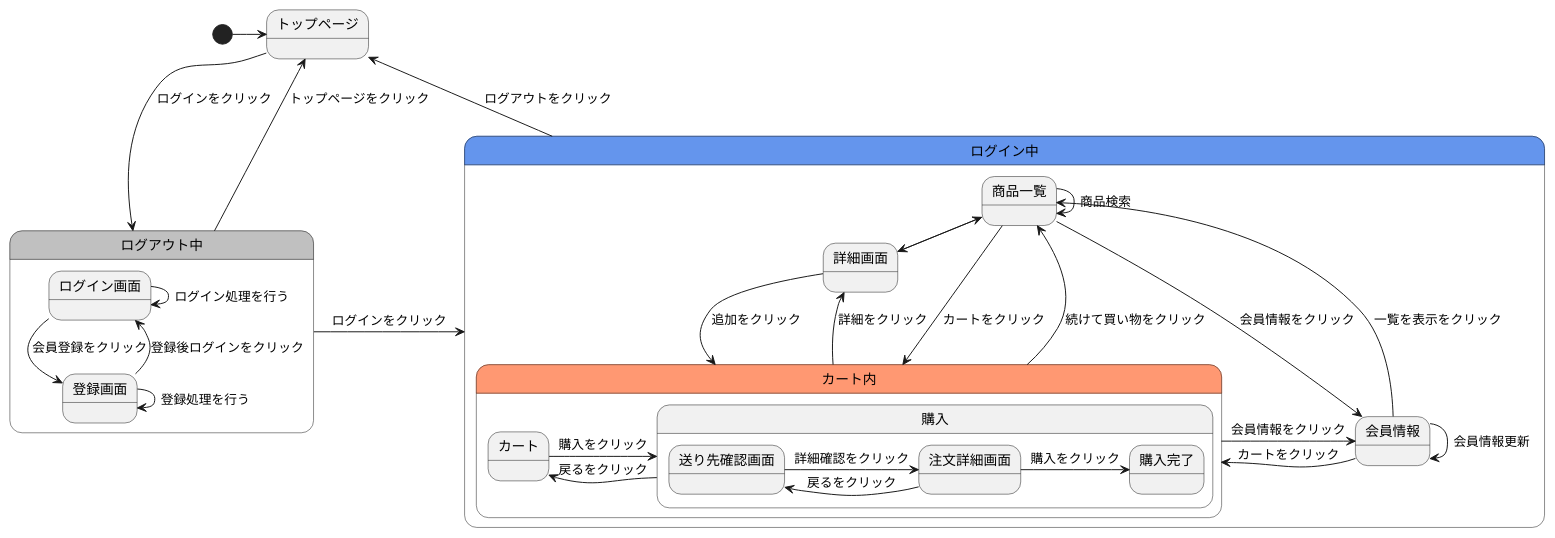
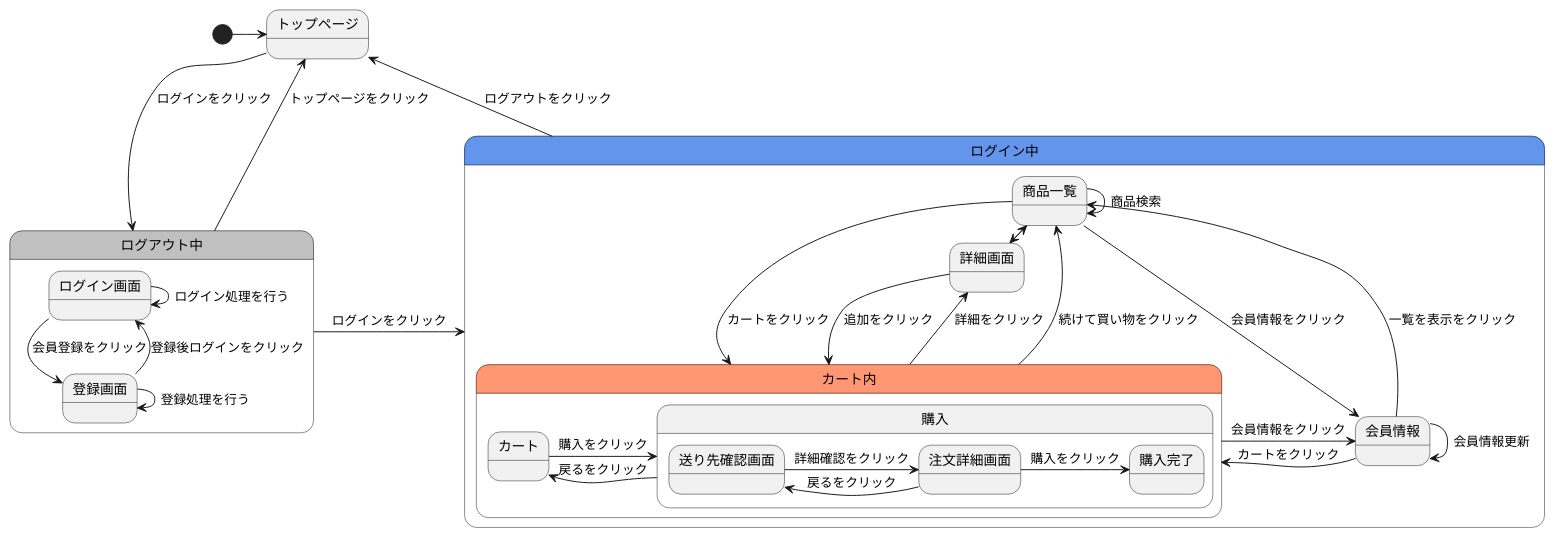
Before and after one commit to Aso2001409/2021sys-design: the diagram in gamen2.md, drawn with PlantUML.

````diff
--- a/gamen2.md
+++ b/gamen2.md
@@ -1,38 +1,38 @@
 ```uml
 @startuml
 [*]->トップページ
 トップページ-->ログアウト中 :ログインをクリック
 ログアウト中->トップページ :トップページをクリック
 ログイン中->トップページ : ログアウトをクリック
 state ログアウト中 #C0C0C0{
   ログイン画面-->登録画面 :会員登録をクリック
   ログイン画面->ログイン画面 :ログイン処理を行う
   登録画面->登録画面 :登録処理を行う
   登録画面--> ログイン画面 :登録後ログインをクリック
 }
 ログアウト中->ログイン中 :ログインをクリック
 state ログイン中 #6495ED{
   商品一覧->詳細画面 :画像をクリック
   商品一覧--->カート内 :カートをクリック
-  商品一覧->会員情報 :会員情報をクリック
+  商品一覧-->会員情報 :会員情報をクリック
   商品一覧->商品一覧 :商品検索
   詳細画面->商品一覧 :戻るをクリック
   詳細画面->カート内 :追加をクリック
   会員情報->商品一覧 :一覧を表示をクリック
   会員情報->カート内 :カートをクリック
   会員情報->会員情報 :会員情報更新
   state カート内 #FF9872{
     カート->購入 :購入をクリック
     購入->カート :戻るをクリック
       state 購入{
       送り先確認画面->注文詳細画面 :詳細確認をクリック
       注文詳細画面->購入完了 :購入をクリック
       注文詳細画面->送り先確認画面 :戻るをクリック
       }
     }  
   カート内->商品一覧 :続けて買い物をクリック
   カート内->会員情報 :会員情報をクリック
   カート内->詳細画面 :詳細をクリック
   }
 @enduml
 ```
````
